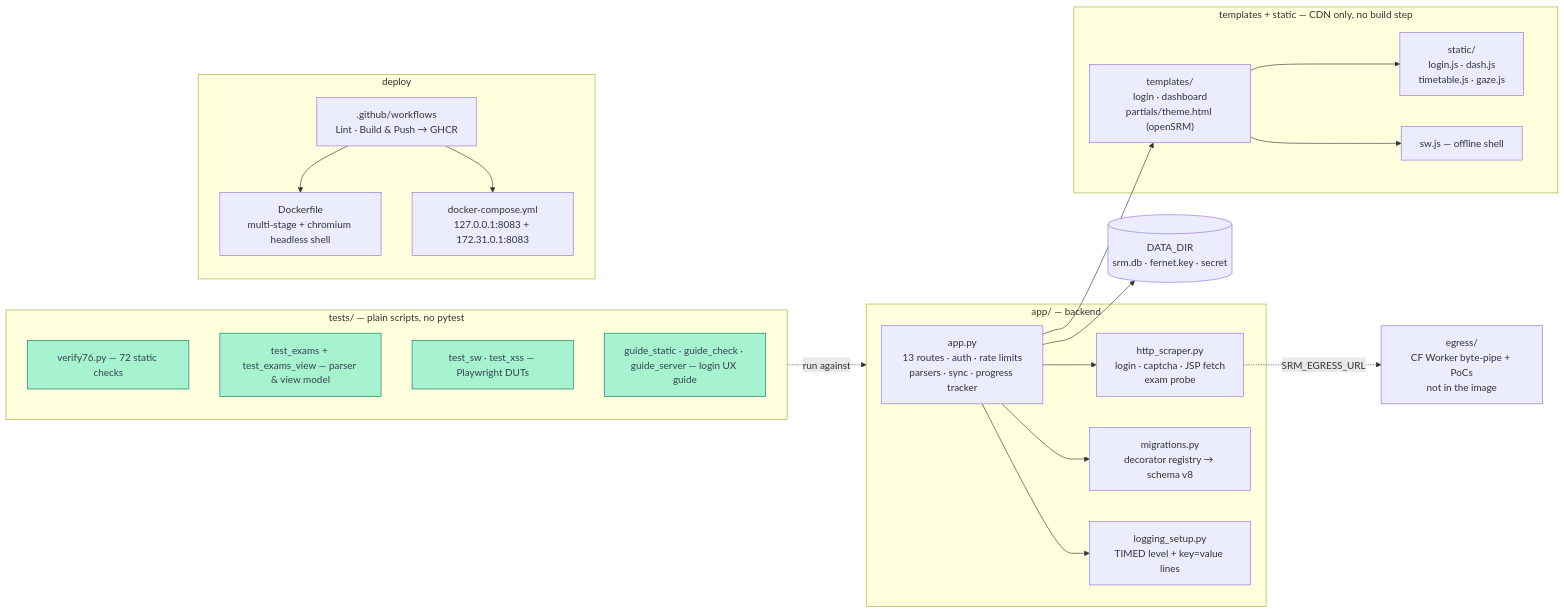
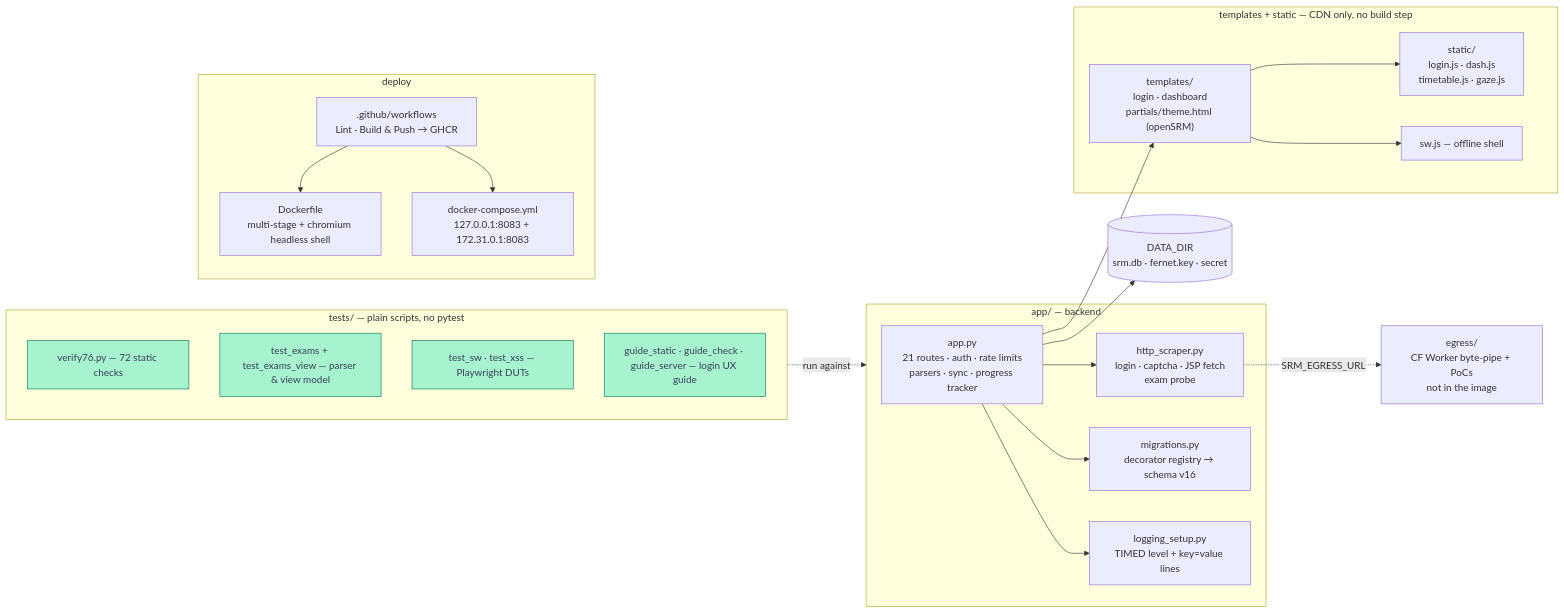
Before and after one commit to thenabbu/OpenSRM: the third of 3 diagrams in README.md, drawn with Mermaid. The commit also changed other lines of this file and 5 other files, not shown here.

````diff
--- a/README.md
+++ b/README.md
@@ -163,46 +163,46 @@
 ```mermaid
 flowchart LR
     subgraph backend["app/ — backend"]
-        APP["app.py<br/>13 routes · auth · rate limits<br/>parsers · sync · progress tracker"]
+        APP["app.py<br/>21 routes · auth · rate limits<br/>parsers · sync · progress tracker"]
         SCR["http_scraper.py<br/>login · captcha · JSP fetch<br/>exam probe"]
-        MIG["migrations.py<br/>decorator registry → schema v8"]
+        MIG["migrations.py<br/>decorator registry → schema v16"]
         LOG["logging_setup.py<br/>TIMED level + key=value lines"]
     end
 
     subgraph frontend["templates + static — CDN only, no build step"]
         TPL["templates/<br/>login · dashboard<br/>partials/theme.html (openSRM)"]
         JS["static/<br/>login.js · dash.js<br/>timetable.js · gaze.js"]
         SWJS["sw.js — offline shell"]
     end
 
     subgraph gate["tests/ — plain scripts, no pytest"]
         T1["verify76.py — 72 static checks"]
         T2["test_exams + test_exams_view — parser & view model"]
         T3["test_sw · test_xss — Playwright DUTs"]
         T4["guide_static · guide_check · guide_server — login UX guide"]
     end
 
     subgraph ship["deploy"]
         DF["Dockerfile<br/>multi-stage + chromium headless shell"]
         DC["docker-compose.yml<br/>127.0.0.1:8083 + 172.31.0.1:8083"]
         CI[".github/workflows<br/>Lint · Build & Push → GHCR"]
     end
 
     EGDIR["egress/<br/>CF Worker byte-pipe + PoCs<br/>not in the image"]
     DATA[("DATA_DIR<br/>srm.db · fernet.key · secret")]
 
     APP --> SCR
     APP --> MIG
     APP --> LOG
     APP --> TPL
     TPL --> JS
     TPL --> SWJS
     APP --> DATA
     SCR -.->|"SRM_EGRESS_URL"| EGDIR
     CI --> DF
     CI --> DC
     gate -.->|"run against"| backend
 
     classDef gatecls fill:#a7f3d0,stroke:#047857,color:#374151
     class T1,T2,T3,T4 gatecls
 ```
````
